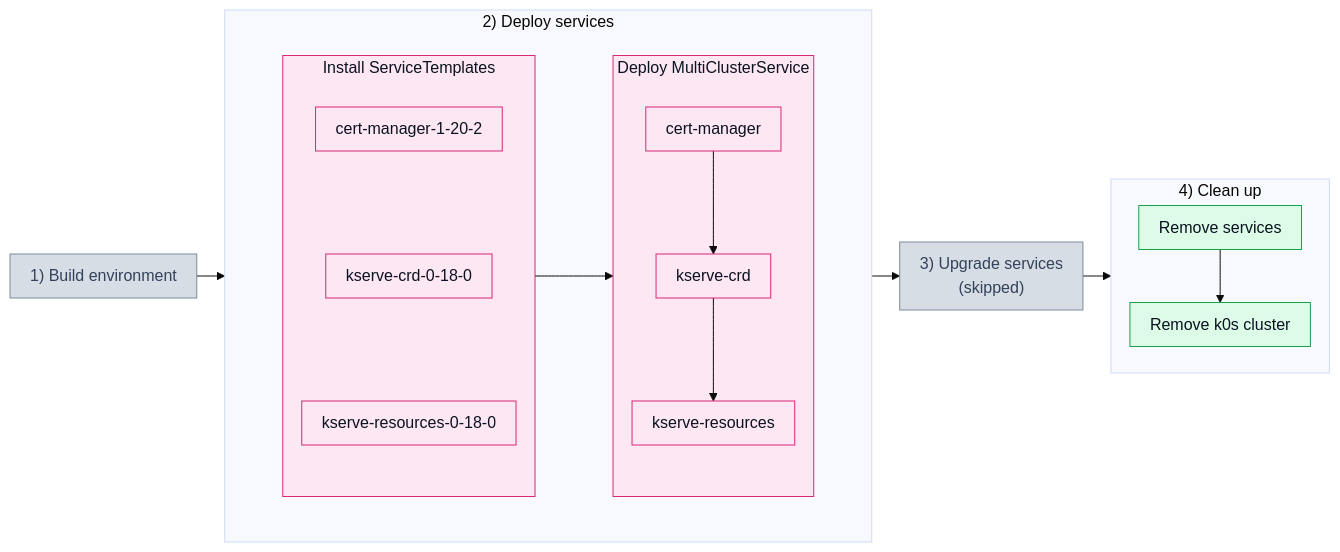
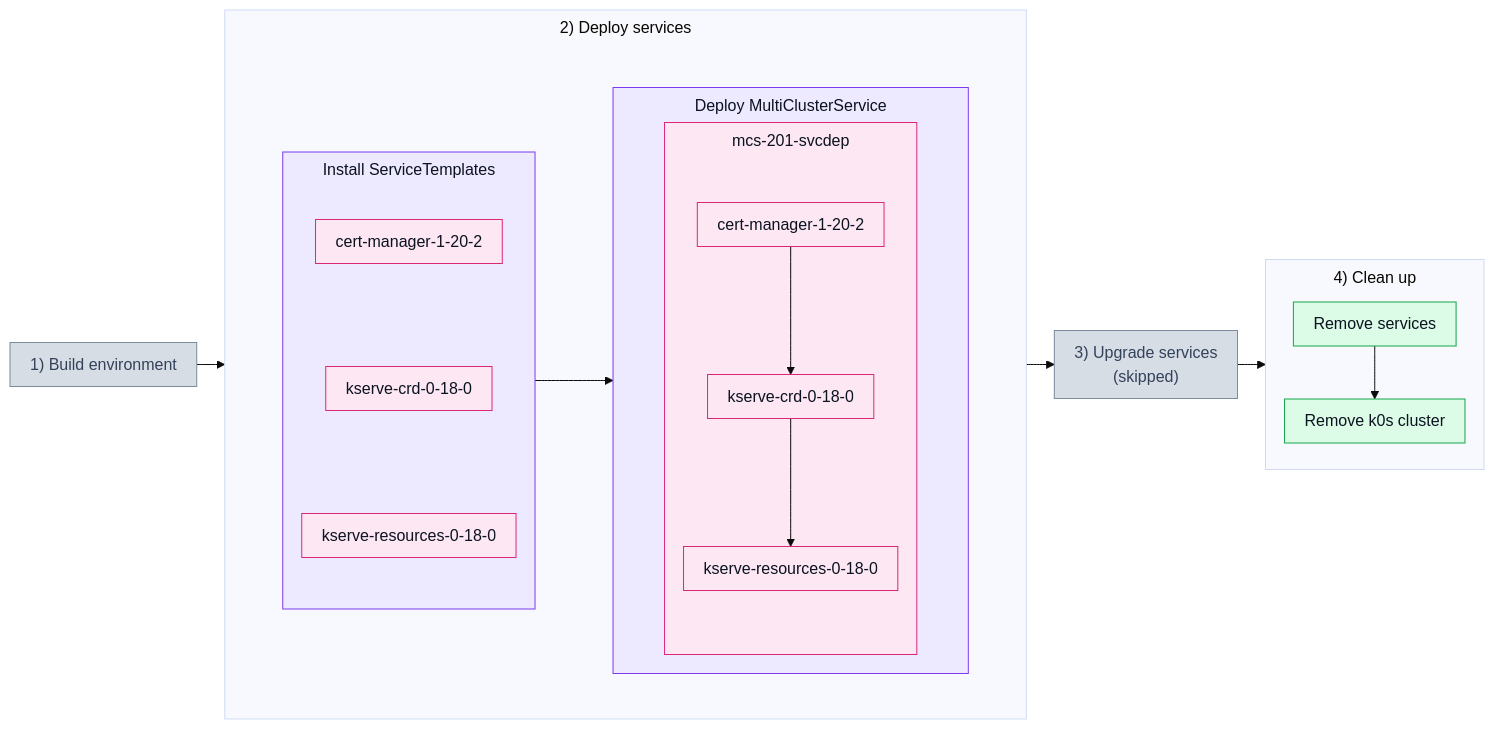
The diagram in test_scenarios/201_svcdep.md (josef-hak/ksm-tests), drawn with Mermaid (base theme) before and after one commit. The commit also changed 9 other files, not shown here.

Commit message:
docs: apply the 301 schema style to the other scenarios

````diff
--- a/test_scenarios/201_svcdep.md
+++ b/test_scenarios/201_svcdep.md
@@ -15,40 +15,44 @@
 ```mermaid
-%%{init: {'flowchart': {'padding': 10, 'nodeSpacing': 18, 'rankSpacing': 28}}}%%
+%%{init: {'flowchart': {'padding': 10, 'nodeSpacing': 18, 'rankSpacing': 28, 'subGraphTitleMargin': {'top': 6, 'bottom': 10}}}}%%
 flowchart LR
     P1["1) Build environment"]
 
     subgraph P2["2) Deploy services"]
         subgraph W2[" "]
             direction LR
             subgraph D1["Install ServiceTemplates"]
                 direction TB
                 T1["cert-manager-1-20-2"] ~~~ T2["kserve-crd-0-18-0"] ~~~ T3["kserve-resources-0-18-0"]
             end
 
             subgraph D2["Deploy MultiClusterService"]
-                direction TB
-                M1["cert-manager"] --> M2["kserve-crd"] --> M3["kserve-resources"]
+                subgraph DM["mcs-201-svcdep"]
+                    direction TB
+                    M1["cert-manager-1-20-2"] --> M2["kserve-crd-0-18-0"] --> M3["kserve-resources-0-18-0"]
+                end
             end
 
             D1 --> D2
         end
     end
 
     P3["3) Upgrade services<br/>(skipped)"]
 
     subgraph P4["4) Clean up"]
         C1["Remove services"] --> C2["Remove k0s cluster"]
     end
 
     P1 --> P2 --> P3 --> P4
 
     classDef off fill:#d7dde5,stroke:#7c8a9c,color:#33415a
+    classDef purple fill:#ede9fe,stroke:#7c3aed,color:#0b1220
     classDef pink fill:#fce7f3,stroke:#db2777,color:#0b1220
     classDef green fill:#dcfce7,stroke:#16a34a,color:#0b1220
     classDef bare fill:none,stroke:none
 
     class P1,P3 off
-    class D1,D2,T1,T2,T3,M1,M2,M3 pink
+    class D1,D2 purple
+    class DM,T1,T2,T3,M1,M2,M3 pink
     class C1,C2 green
     class W2 bare
 ```
````
